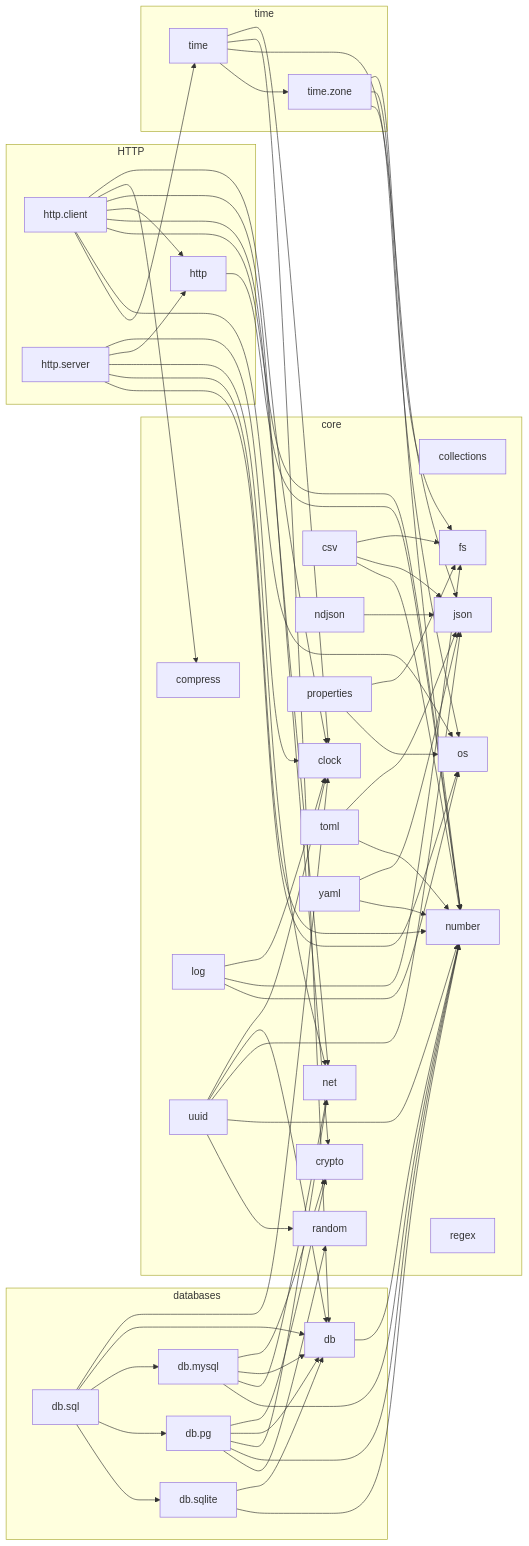
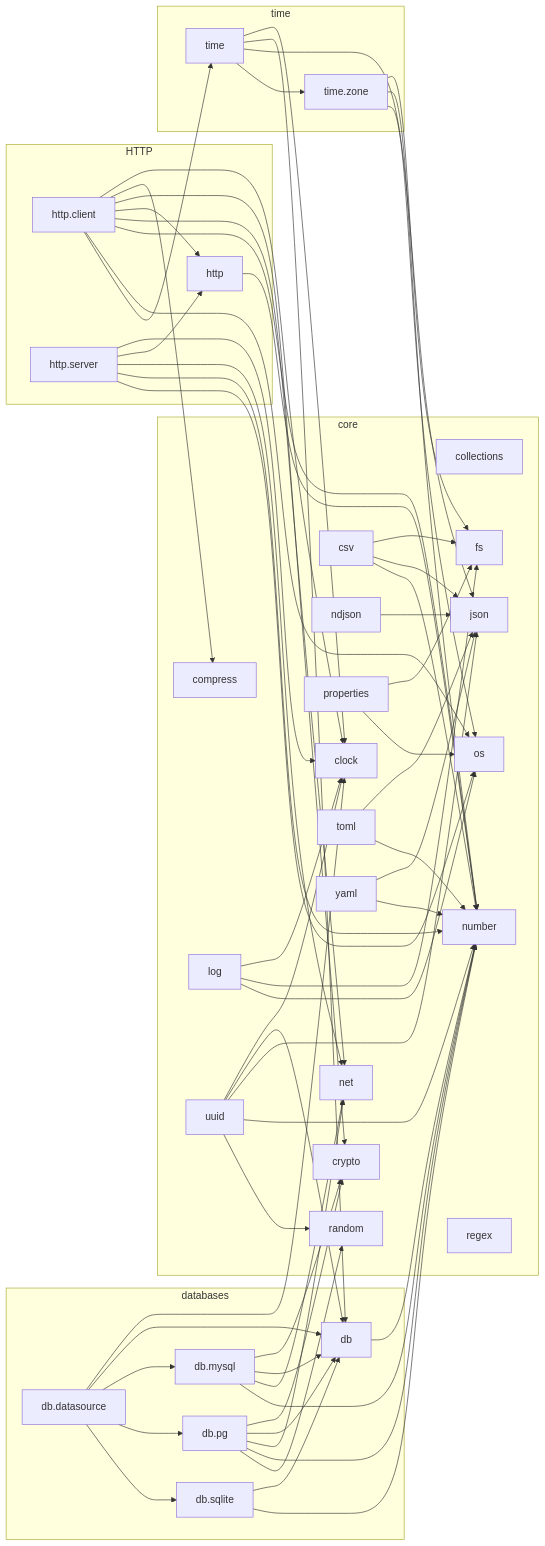
Before and after one commit to vasnatech/ziman: the diagram in docs/lib/dependencies.md, drawn with Mermaid. The commit also changed other lines of this file and 55 other files, not shown here.

Commit message:
front-door database module renamed sql -> datasource; manual generator removes stale pages; library map updated

```diff
--- a/docs/lib/dependencies.md
+++ b/docs/lib/dependencies.md
@@ -28,10 +28,10 @@
         yaml["yaml"]
     end
     subgraph group_db["databases"]
+        datasource["db.datasource"]
         db["db"]
         mysql["db.mysql"]
         pg["db.pg"]
-        sql["db.sql"]
         sqlite["db.sqlite"]
     end
     subgraph group_http["HTTP"]
@@ -54,6 +54,11 @@
     csv --> fs
     csv --> json
     csv --> number
+    datasource --> clock
+    datasource --> db
+    datasource --> mysql
+    datasource --> pg
+    datasource --> sqlite
     db --> number
     http --> number
     log --> clock
@@ -76,11 +81,6 @@
     server --> net
     server --> number
     server --> os
-    sql --> clock
-    sql --> db
-    sql --> mysql
-    sql --> pg
-    sql --> sqlite
     sqlite --> db
     sqlite --> number
     time --> clock
```
